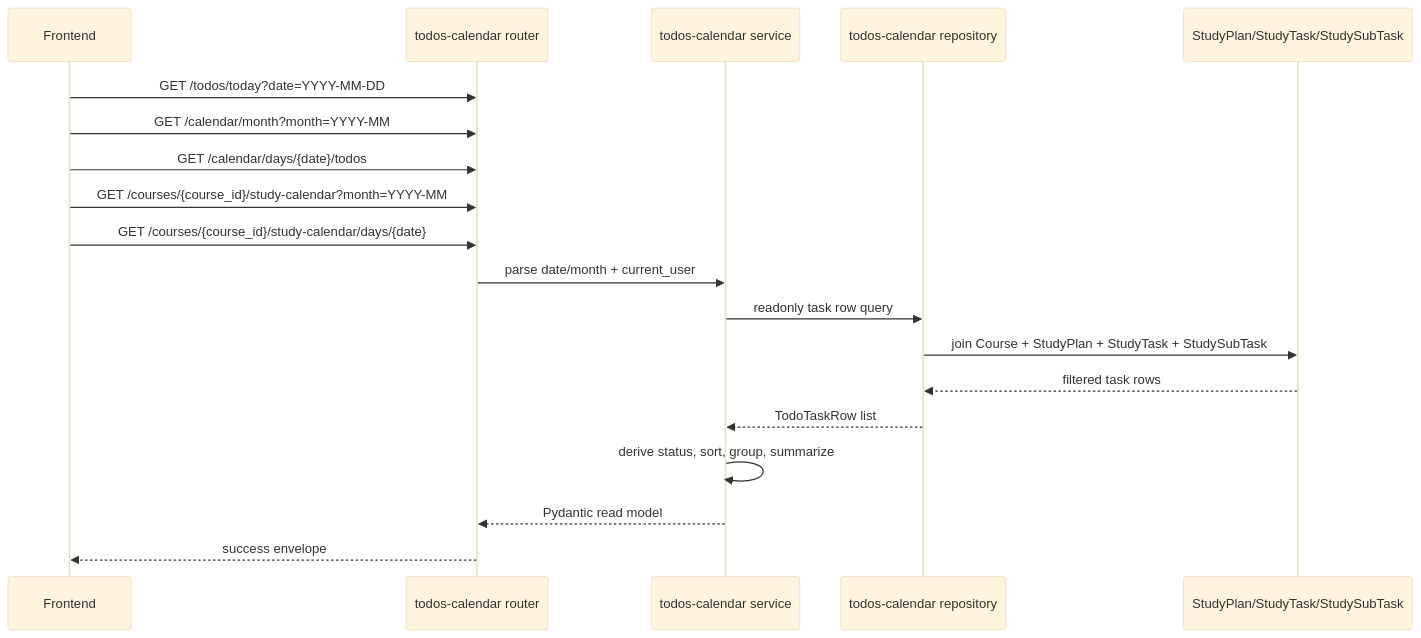
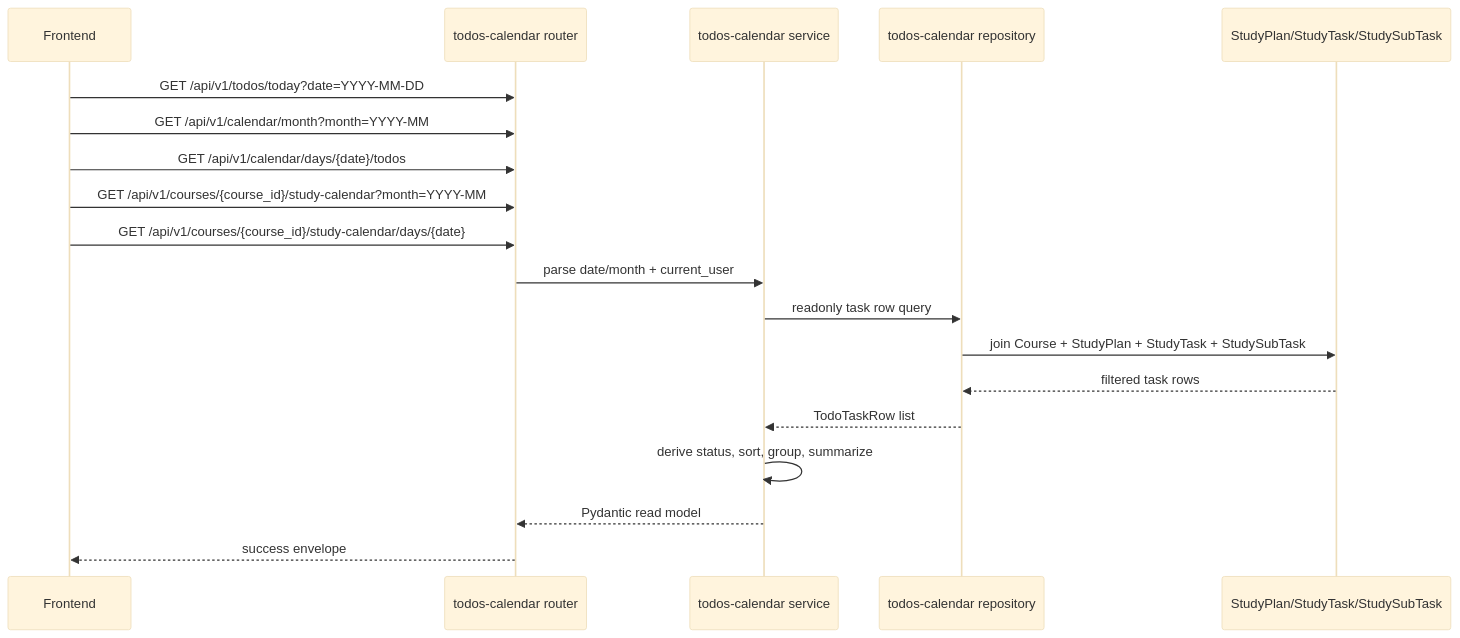
The sixth of 9 diagrams in docs/architecture/runtime-flows.md (cyruan815/CourseNexus), drawn with Mermaid (base theme) before and after one commit. The commit also changed other lines of this file and 11 other files, not shown here.

Commit message:
docs: 校正 Study Mode API 契约口径

````diff
--- a/docs/architecture/runtime-flows.md
+++ b/docs/architecture/runtime-flows.md
@@ -183,22 +183,22 @@
 ```mermaid
 sequenceDiagram
     participant FE as Frontend
     participant API as todos-calendar router
     participant SVC as todos-calendar service
     participant Repo as todos-calendar repository
     participant DB as StudyPlan/StudyTask/StudySubTask
 
-    FE->>API: GET /todos/today?date=YYYY-MM-DD
-    FE->>API: GET /calendar/month?month=YYYY-MM
-    FE->>API: GET /calendar/days/{date}/todos
-    FE->>API: GET /courses/{course_id}/study-calendar?month=YYYY-MM
-    FE->>API: GET /courses/{course_id}/study-calendar/days/{date}
+    FE->>API: GET /api/v1/todos/today?date=YYYY-MM-DD
+    FE->>API: GET /api/v1/calendar/month?month=YYYY-MM
+    FE->>API: GET /api/v1/calendar/days/{date}/todos
+    FE->>API: GET /api/v1/courses/{course_id}/study-calendar?month=YYYY-MM
+    FE->>API: GET /api/v1/courses/{course_id}/study-calendar/days/{date}
     API->>SVC: parse date/month + current_user
     SVC->>Repo: readonly task row query
     Repo->>DB: join Course + StudyPlan + StudyTask + StudySubTask
     DB-->>Repo: filtered task rows
     Repo-->>SVC: TodoTaskRow list
     SVC->>SVC: derive status, sort, group, summarize
     SVC-->>API: Pydantic read model
     API-->>FE: success envelope
 ```
````
